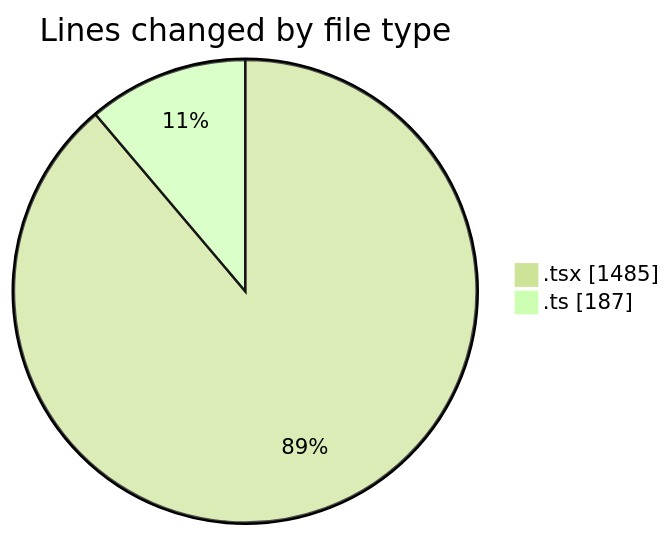
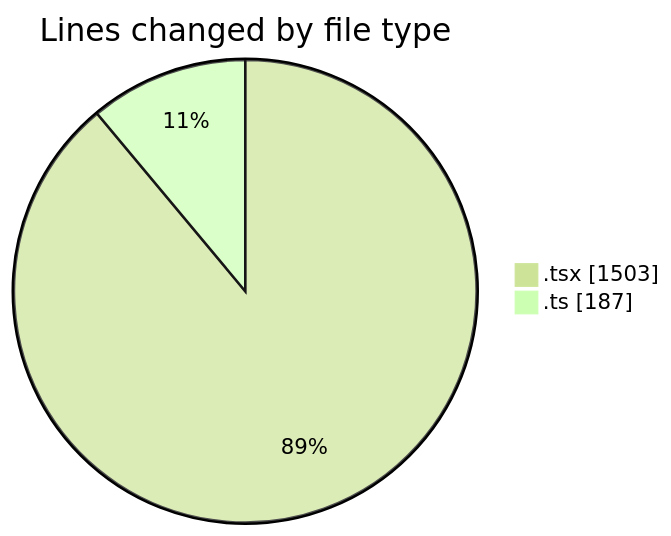
The first of 2 diagrams in 2025-02-03/mbc-web/README.md (robertbonfada/code-tracking), drawn with Mermaid (forest theme) before and after one commit. The commit also changed other lines of this file and 1 other file, not shown here.

````diff
--- a/2025-02-03/mbc-web/README.md
+++ b/2025-02-03/mbc-web/README.md
@@ -25,6 +25,6 @@
 ```mermaid
 pie showData
 title Lines changed by file type
-".tsx" : 1485
+".tsx" : 1503
 ".ts" : 187
 ```
````
